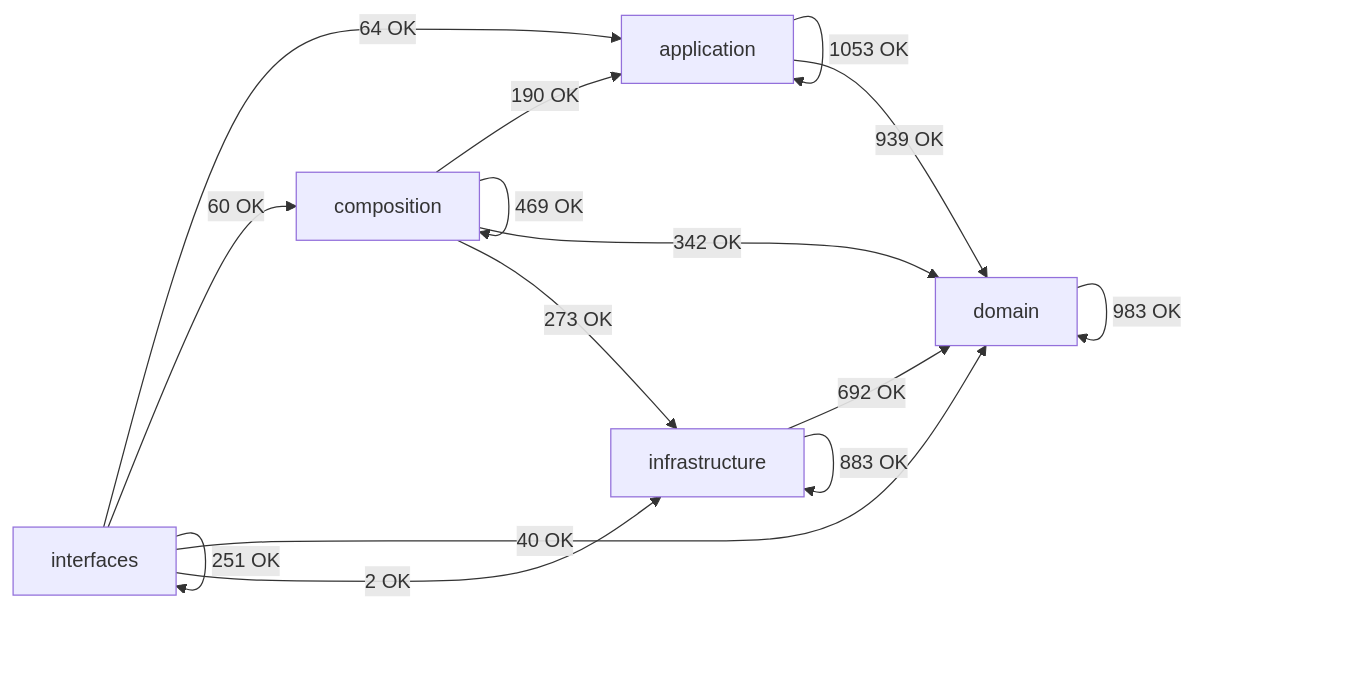
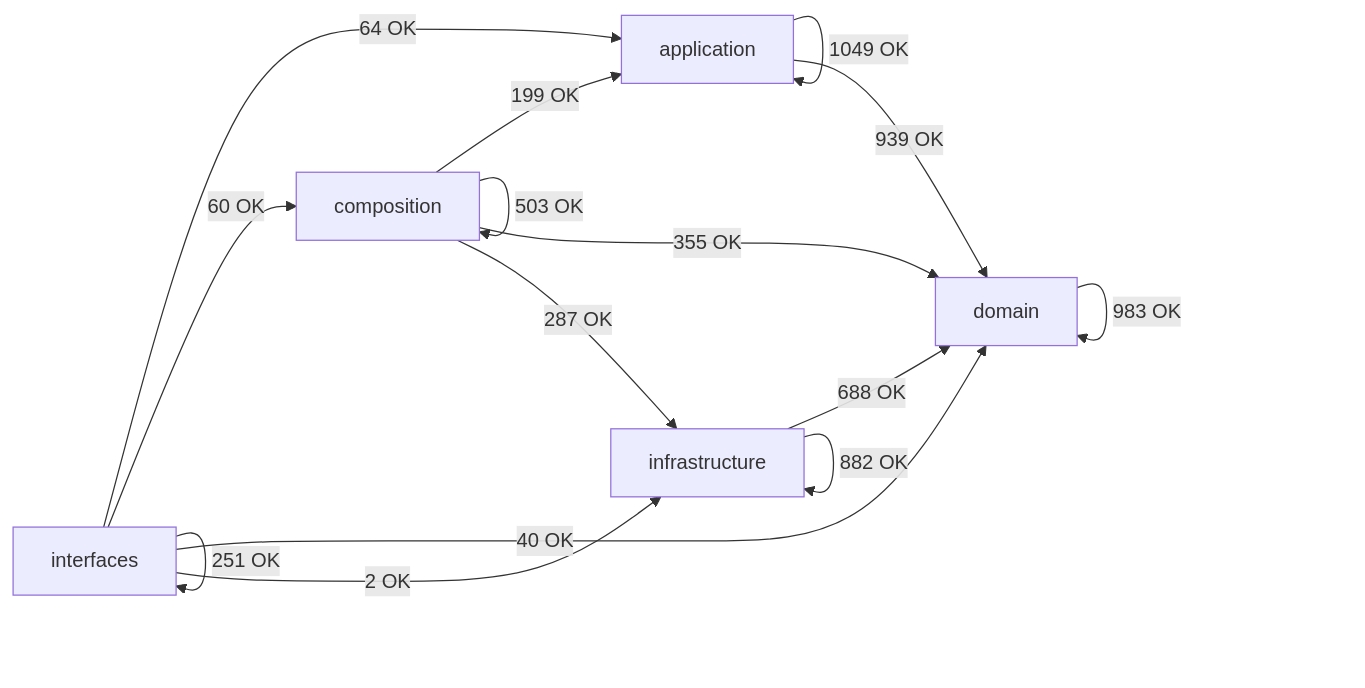
Before and after one commit to SatoryKono/BioactivityDataAcquisition: the diagram in docs/02-architecture/generated/module-dependency-map.md, drawn with Mermaid. The commit also changed other lines of this file and 1 other file, not shown here.

````diff
--- a/docs/02-architecture/generated/module-dependency-map.md
+++ b/docs/02-architecture/generated/module-dependency-map.md
@@ -17,22 +17,22 @@
 ```mermaid
 flowchart LR
     domain[domain]
     application[application]
     infrastructure[infrastructure]
     composition[composition]
     interfaces[interfaces]
-    application -->|1053 OK| application
+    application -->|1049 OK| application
     application -->|939 OK| domain
-    composition -->|190 OK| application
-    composition -->|469 OK| composition
-    composition -->|342 OK| domain
-    composition -->|273 OK| infrastructure
+    composition -->|199 OK| application
+    composition -->|503 OK| composition
+    composition -->|355 OK| domain
+    composition -->|287 OK| infrastructure
     domain -->|983 OK| domain
-    infrastructure -->|692 OK| domain
-    infrastructure -->|883 OK| infrastructure
+    infrastructure -->|688 OK| domain
+    infrastructure -->|882 OK| infrastructure
     interfaces -->|64 OK| application
     interfaces -->|60 OK| composition
     interfaces -->|40 OK| domain
     interfaces -->|2 OK| infrastructure
     interfaces -->|251 OK| interfaces
 ```
````
